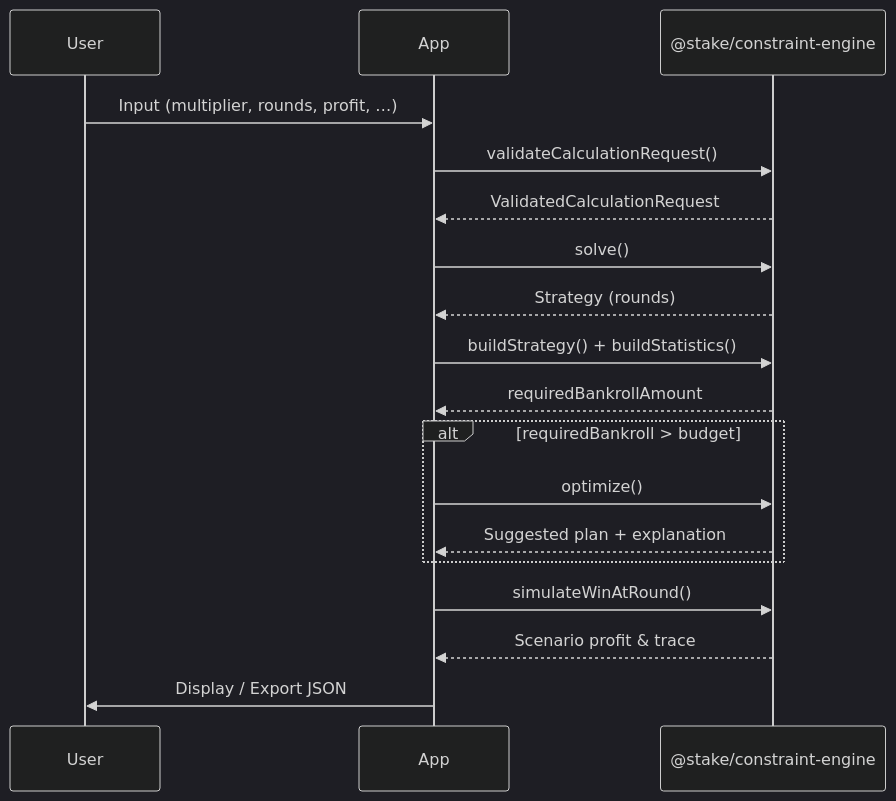
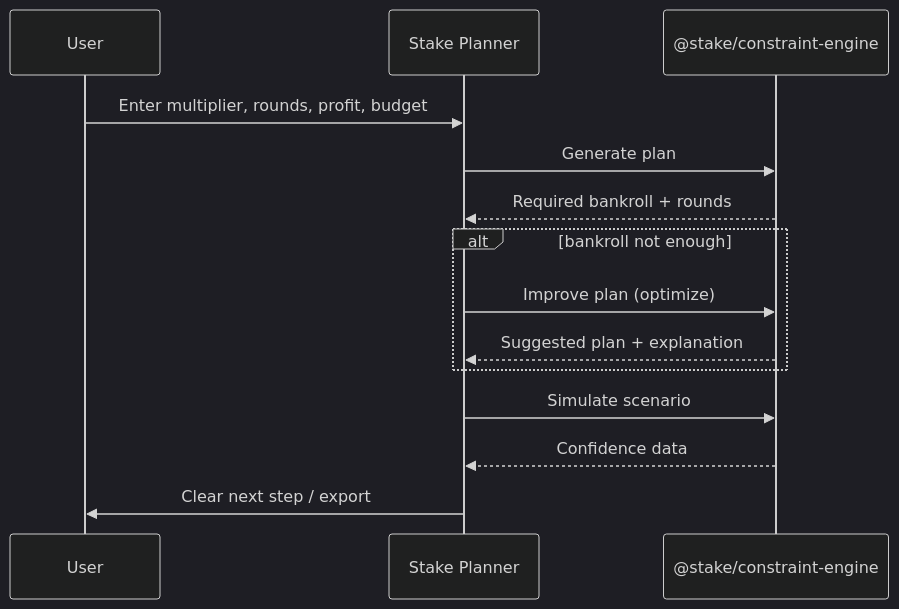
Before and after one commit to Ekergodmear/manageMoney: the diagram in README.md, drawn with Mermaid (dark theme). The commit also changed other lines of this file and 3 other files, not shown here.

First line of the commit message:
docs(product): align repository identity around Stake Planner

````diff
--- a/README.md
+++ b/README.md
@@ -19,23 +35,19 @@
 ```mermaid
 sequenceDiagram
   participant User
-  participant App
+  participant Stake Planner
   participant SDK as @stake/constraint-engine
 
-  User->>App: Input (multiplier, rounds, profit, …)
-  App->>SDK: validateCalculationRequest()
-  SDK-->>App: ValidatedCalculationRequest
-  App->>SDK: solve()
-  SDK-->>App: Strategy (rounds)
-  App->>SDK: buildStrategy() + buildStatistics()
-  SDK-->>App: requiredBankrollAmount
+  User->>Stake Planner: Enter multiplier, rounds, profit, budget
+  Stake Planner->>SDK: Generate plan
+  SDK-->>Stake Planner: Required bankroll + rounds
 
-  alt requiredBankroll > budget
-    App->>SDK: optimize()
-    SDK-->>App: Suggested plan + explanation
+  alt bankroll not enough
+    Stake Planner->>SDK: Improve plan (optimize)
+    SDK-->>Stake Planner: Suggested plan + explanation
   end
 
-  App->>SDK: simulateWinAtRound()
-  SDK-->>App: Scenario profit & trace
-  App->>User: Display / Export JSON
+  Stake Planner->>SDK: Simulate scenario
+  SDK-->>Stake Planner: Confidence data
+  Stake Planner->>User: Clear next step / export
 ```
````
